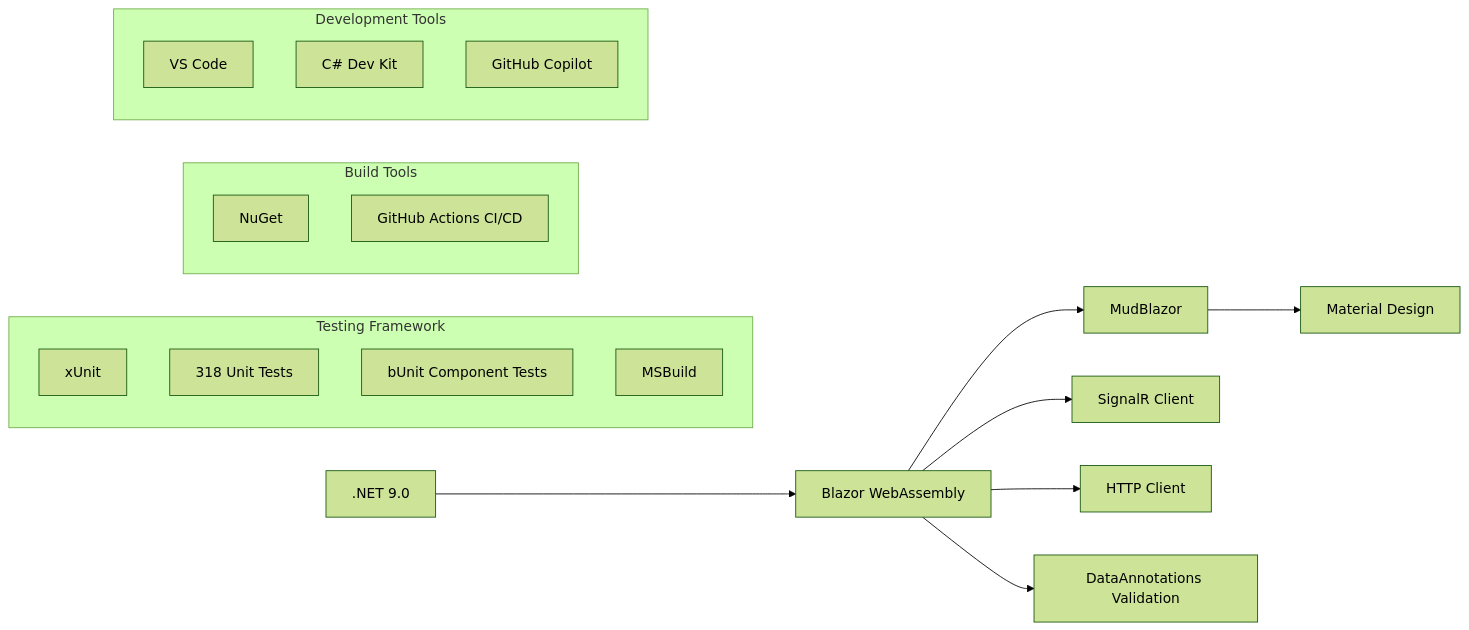
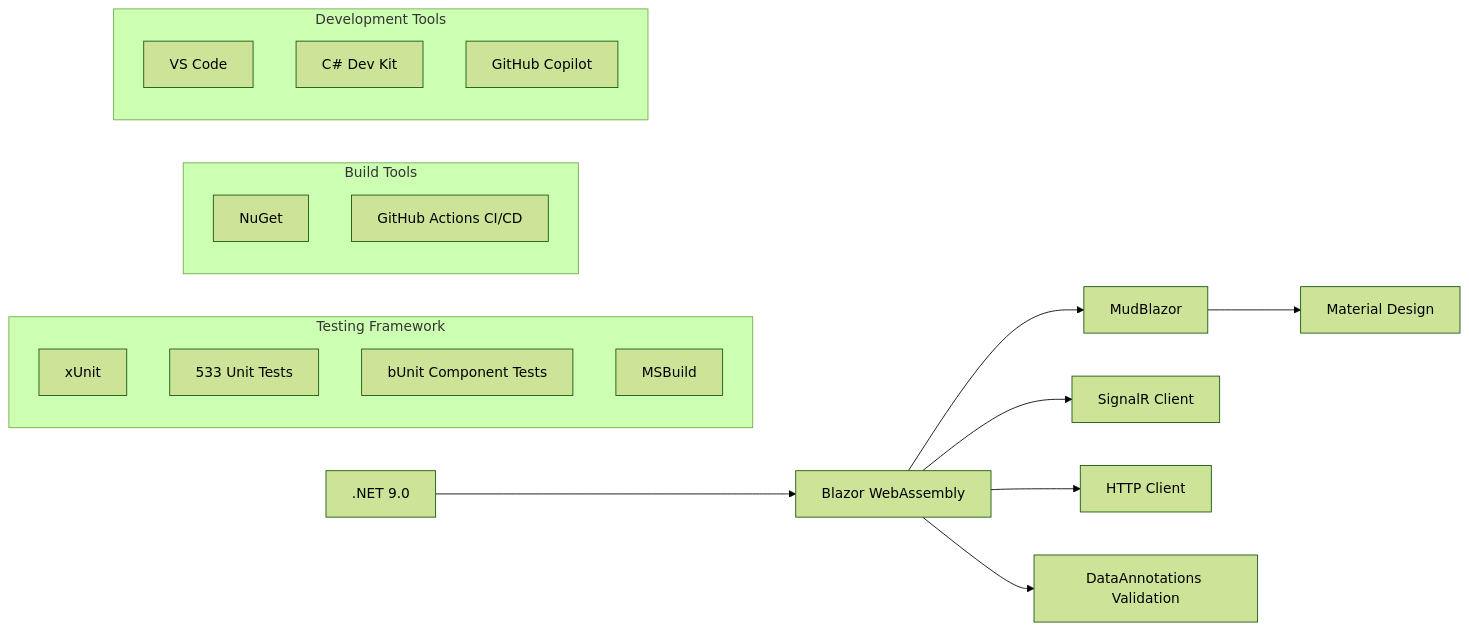
The fifth of 13 diagrams in docs/ARCHITECTURE.md (mongeon/RecettesIndex), drawn with Mermaid (forest theme) before and after one commit. The commit also changed other lines of this file and 2 other files, not shown here.

Commit message:
docs: update README and API documentation for improved clarity and accuracy

````diff
--- a/docs/ARCHITECTURE.md
+++ b/docs/ARCHITECTURE.md
@@ -215,28 +215,28 @@
 ```mermaid
 graph LR
     A[.NET 9.0] --> B[Blazor WebAssembly]
     B --> C[MudBlazor]
     C --> D[Material Design]
     B --> E[SignalR Client]
     B --> F[HTTP Client]
     B --> G[DataAnnotations Validation]
     
     subgraph "Testing Framework"
         H[xUnit]
-        I[318 Unit Tests]
+        I[533 Unit Tests]
         J[bUnit Component Tests]
         K[Test Coverage]
     end
     
     subgraph "Build Tools"
         K[MSBuild]
         L[NuGet]
         M[GitHub Actions CI/CD]
     end
     
     subgraph "Development Tools"
         N[VS Code]
         O[C# Dev Kit]
         P[GitHub Copilot]
     end
 ```
````
